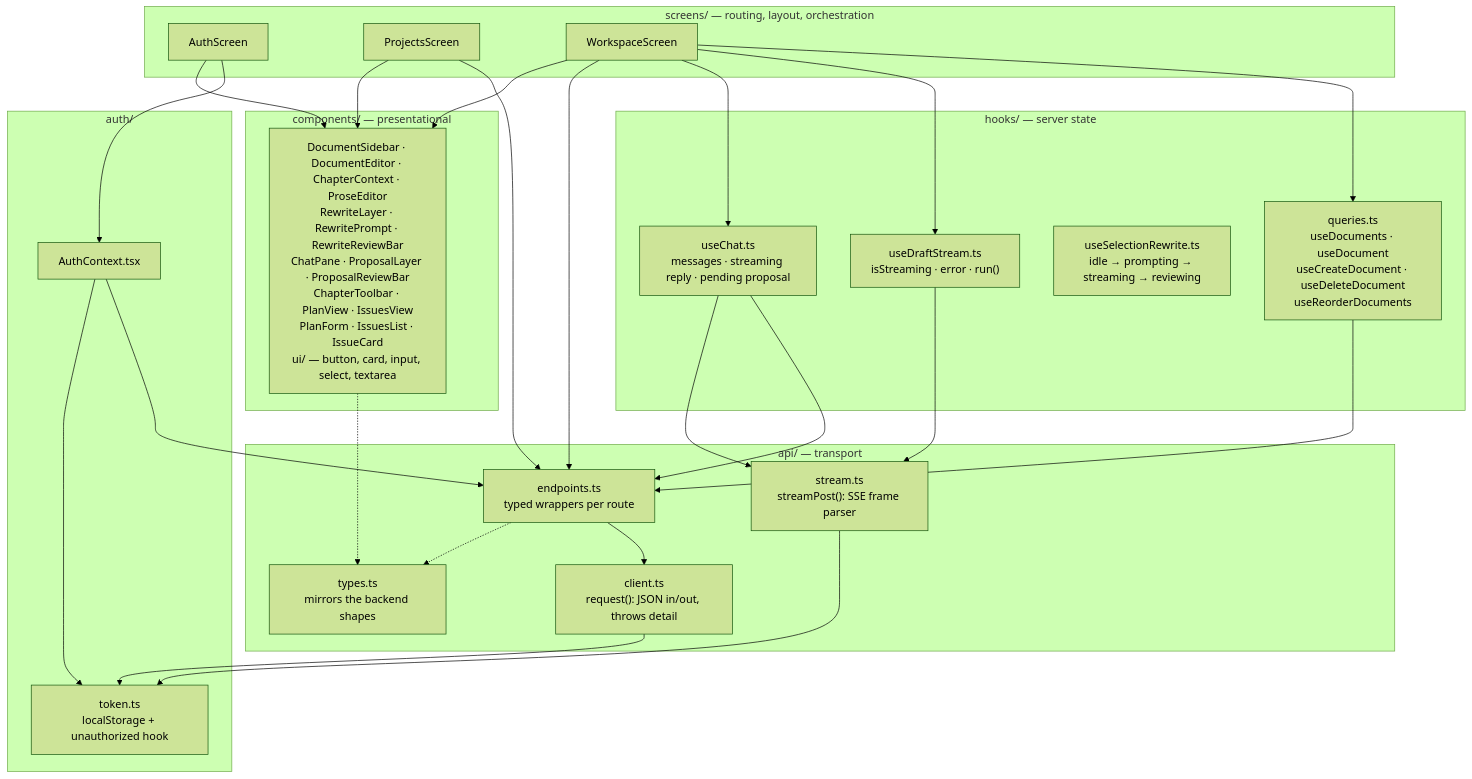
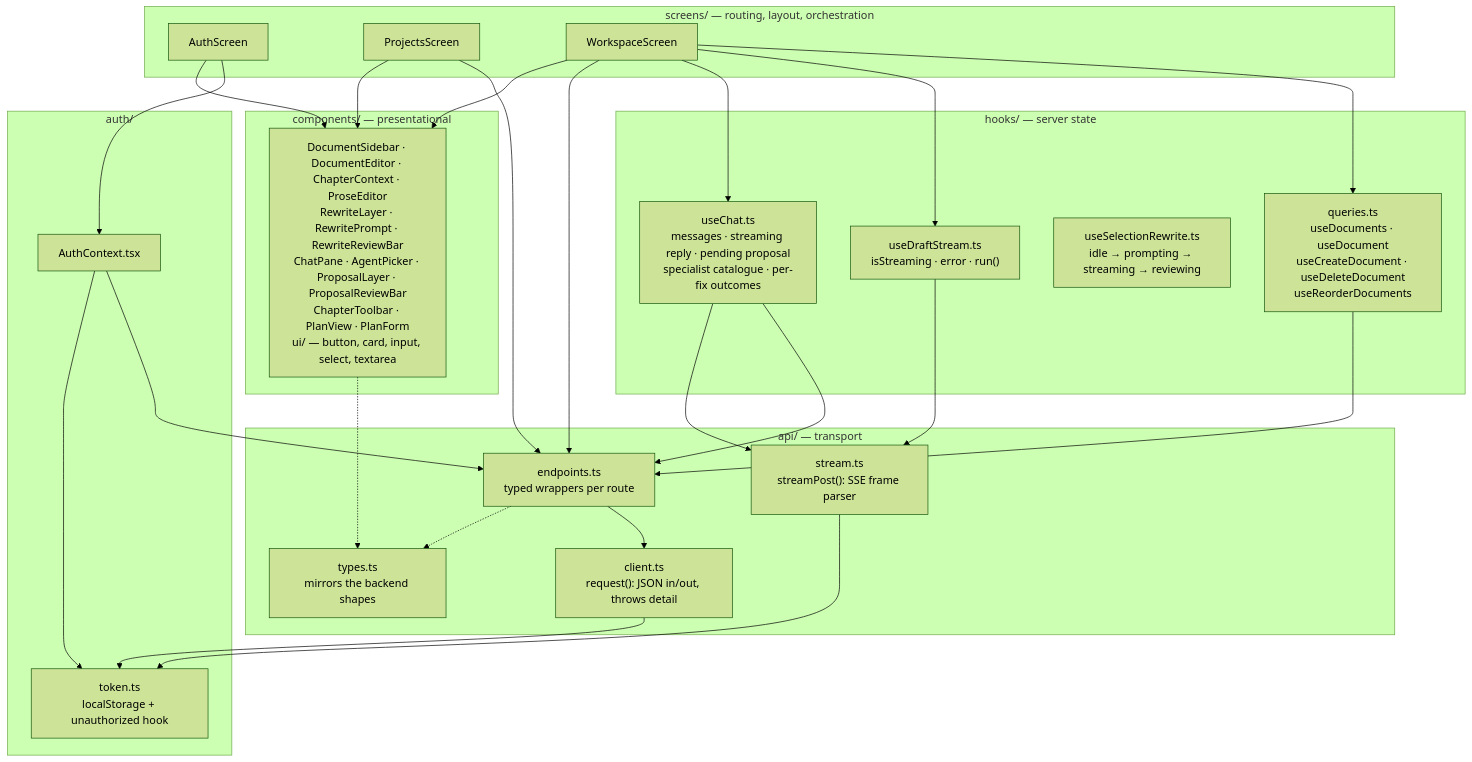
The second of 3 diagrams in docs/diagrams/04-frontend-architecture.md (Akazz-L/maya), drawn with Mermaid (forest theme) before and after one commit. The commit also changed other lines of this file and 60 other files, not shown here.

Commit message:
feat: Review passes in the chat, with fixes accepted one at a time (#20)

````diff
--- a/docs/diagrams/04-frontend-architecture.md
+++ b/docs/diagrams/04-frontend-architecture.md
@@ -57,54 +59,54 @@
 ```mermaid
 graph TD
     subgraph screens["screens/ — routing, layout, orchestration"]
         AS["AuthScreen"]
         PS["ProjectsScreen"]
         WSS["WorkspaceScreen"]
     end
 
     subgraph components["components/ — presentational"]
-        CMP["DocumentSidebar · DocumentEditor · ChapterContext · ProseEditor<br/>RewriteLayer · RewritePrompt · RewriteReviewBar<br/>ChatPane · ProposalLayer · ProposalReviewBar<br/>ChapterToolbar · PlanView · IssuesView<br/>PlanForm · IssuesList · IssueCard<br/>ui/ — button, card, input, select, textarea"]
+        CMP["DocumentSidebar · DocumentEditor · ChapterContext · ProseEditor<br/>RewriteLayer · RewritePrompt · RewriteReviewBar<br/>ChatPane · AgentPicker · ProposalLayer · ProposalReviewBar<br/>ChapterToolbar · PlanView · PlanForm<br/>ui/ — button, card, input, select, textarea"]
     end
 
     subgraph hooks["hooks/ — server state"]
         Q["queries.ts<br/>useDocuments · useDocument<br/>useCreateDocument · useDeleteDocument<br/>useReorderDocuments"]
         DS["useDraftStream.ts<br/>isStreaming · error · run()"]
         SR["useSelectionRewrite.ts<br/>idle → prompting → streaming → reviewing"]
-        CH["useChat.ts<br/>messages · streaming reply · pending proposal"]
+        CH["useChat.ts<br/>messages · streaming reply · pending proposal<br/>specialist catalogue · per-fix outcomes"]
     end
 
     subgraph api["api/ — transport"]
         EP["endpoints.ts<br/>typed wrappers per route"]
         CL["client.ts<br/>request(): JSON in/out, throws detail"]
         ST["stream.ts<br/>streamPost(): SSE frame parser"]
         TY["types.ts<br/>mirrors the backend shapes"]
     end
 
     subgraph auth["auth/"]
         AC["AuthContext.tsx"]
         TK["token.ts<br/>localStorage + unauthorized hook"]
     end
 
     AS --> AC
     PS --> EP
     WSS --> Q
     WSS --> DS
     WSS --> CH
     WSS --> EP
     WSS --> CMP
     PS --> CMP
     AS --> CMP
     Q --> EP
     DS --> ST
     CH --> EP
     CH --> ST
     EP --> CL
     CL --> TK
     ST --> TK
     AC --> EP
     AC --> TK
     EP -.-> TY
     CMP -.-> TY
 
     classDef layer fill:#f7f7f2,stroke:#999
 ```
````
